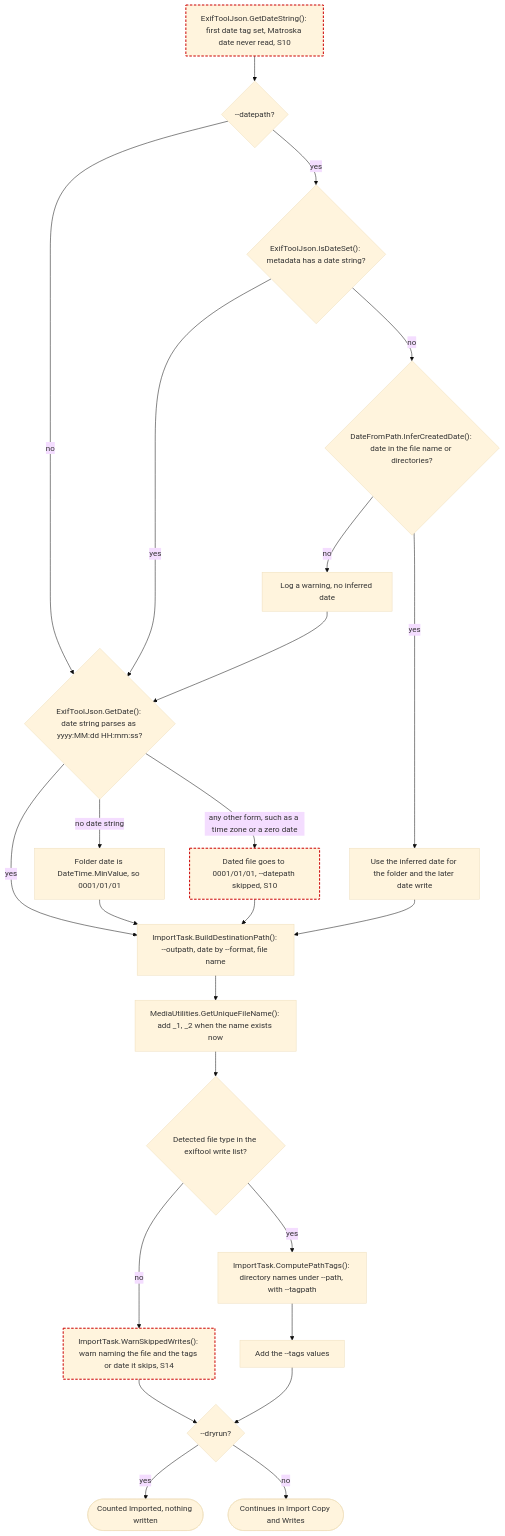
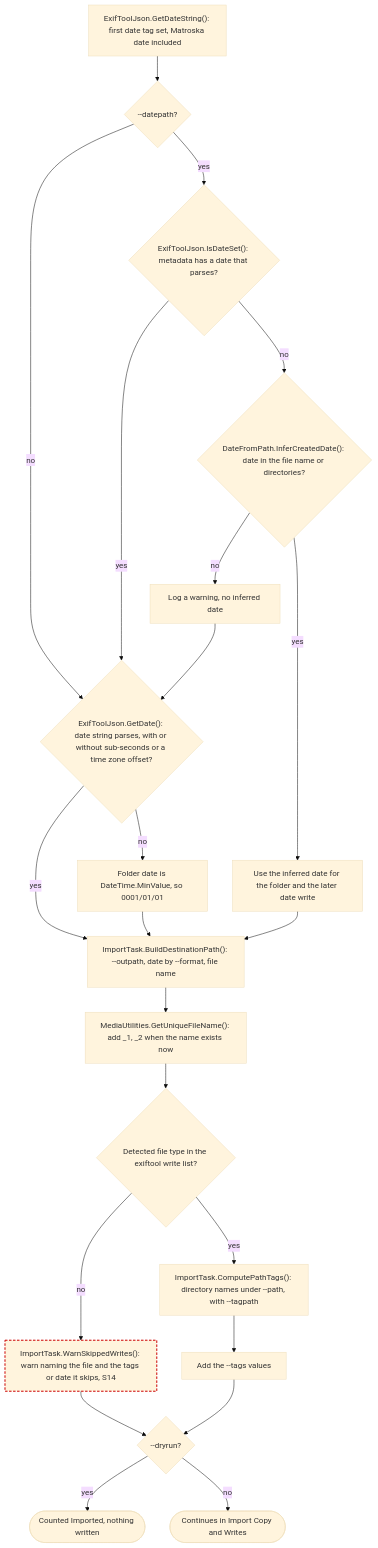
Before and after one commit to ptr727/PhotoCleaner: diagram 12 of 23 in ARCHITECTURE.md, drawn with Mermaid (base theme). The commit also changed other lines of this file and 3 other files, not shown here.

First line of the commit message:
Read a Date With a Time Zone or Sub-Seconds and the Matroska Date

````diff
--- a/ARCHITECTURE.md
+++ b/ARCHITECTURE.md
@@ -713,28 +713,26 @@
 ```mermaid
 flowchart TD
-  start["ExifToolJson.GetDateString(): first date tag set, Matroska date never read, S10"]:::suspect
+  start["ExifToolJson.GetDateString(): first date tag set, Matroska date included"]
   start --> dpQ{"--datepath?"}
   dpQ -->|"no"| getDate
-  dpQ -->|"yes"| setQ{"ExifToolJson.IsDateSet(): metadata has a date string?"}
-  setQ -->|"yes"| getDate{"ExifToolJson.GetDate(): date string parses as yyyy:MM:dd HH:mm:ss?"}
+  dpQ -->|"yes"| setQ{"ExifToolJson.IsDateSet(): metadata has a date that parses?"}
+  setQ -->|"yes"| getDate{"ExifToolJson.GetDate(): date string parses, with or without sub-seconds or a time zone offset?"}
   setQ -->|"no"| infer{"DateFromPath.InferCreatedDate(): date in the file name or directories?"}
   infer -->|"yes"| inferred["Use the inferred date for the folder and the later date write"]
   infer -->|"no"| inferWarn["Log a warning, no inferred date"]
   inferWarn --> getDate
   getDate -->|"yes"| build
-  getDate -->|"no date string"| minDate["Folder date is DateTime.MinValue, so 0001/01/01"]
-  getDate -->|"any other form, such as a time zone or a zero date"| tzDate["Dated file goes to 0001/01/01, --datepath skipped, S10"]:::suspect
+  getDate -->|"no"| minDate["Folder date is DateTime.MinValue, so 0001/01/01"]
   minDate --> build
-  tzDate --> build
   inferred --> build["ImportTask.BuildDestinationPath(): --outpath, date by --format, file name"]
   build --> unique["MediaUtilities.GetUniqueFileName(): add _1, _2 when the name exists now"]
   unique --> writeQ{"Detected file type in the exiftool write list?"}
   writeQ -->|"no"| dropped["ImportTask.WarnSkippedWrites(): warn naming the file and the tags or date it skips, S14"]:::suspect
   writeQ -->|"yes"| tags["ImportTask.ComputePathTags(): directory names under --path, with --tagpath"]
   tags --> addTags["Add the --tags values"]
   dropped --> dryQ{"--dryrun?"}
   addTags --> dryQ
   dryQ -->|"yes"| dryImported(["Counted Imported, nothing written"])
   dryQ -->|"no"| next(["Continues in Import Copy and Writes"])
   classDef suspect stroke:#c00,stroke-width:2px,stroke-dasharray:5 3
 ```
````
